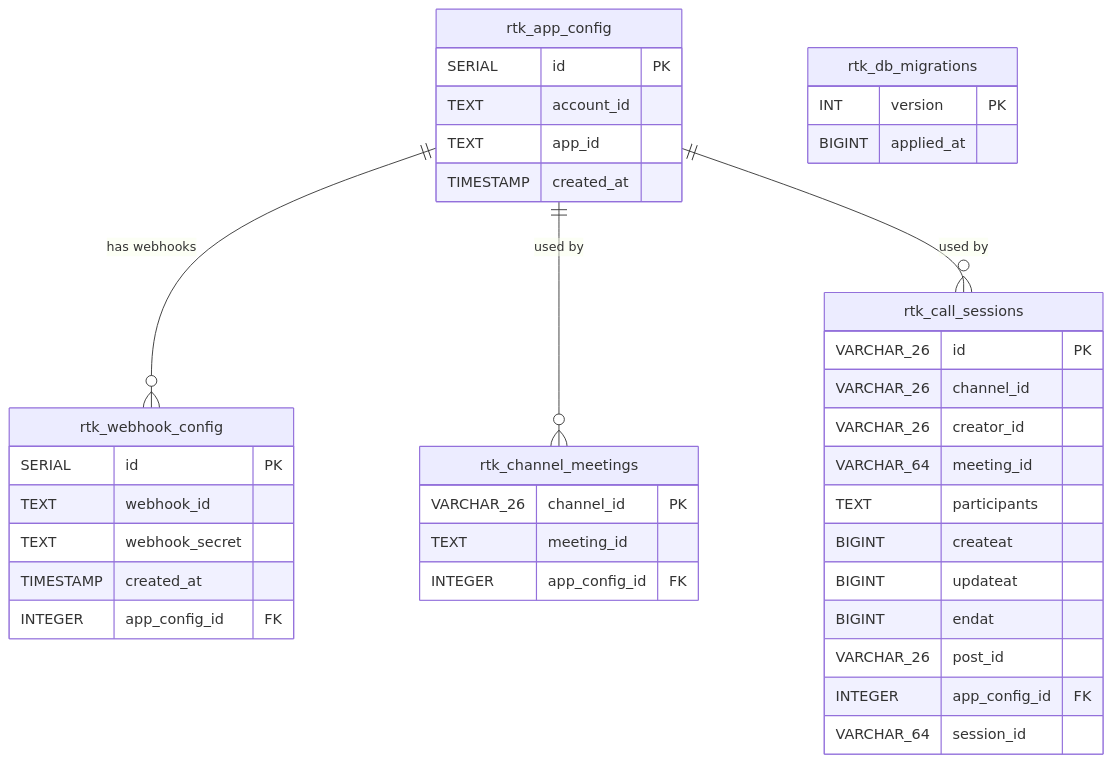
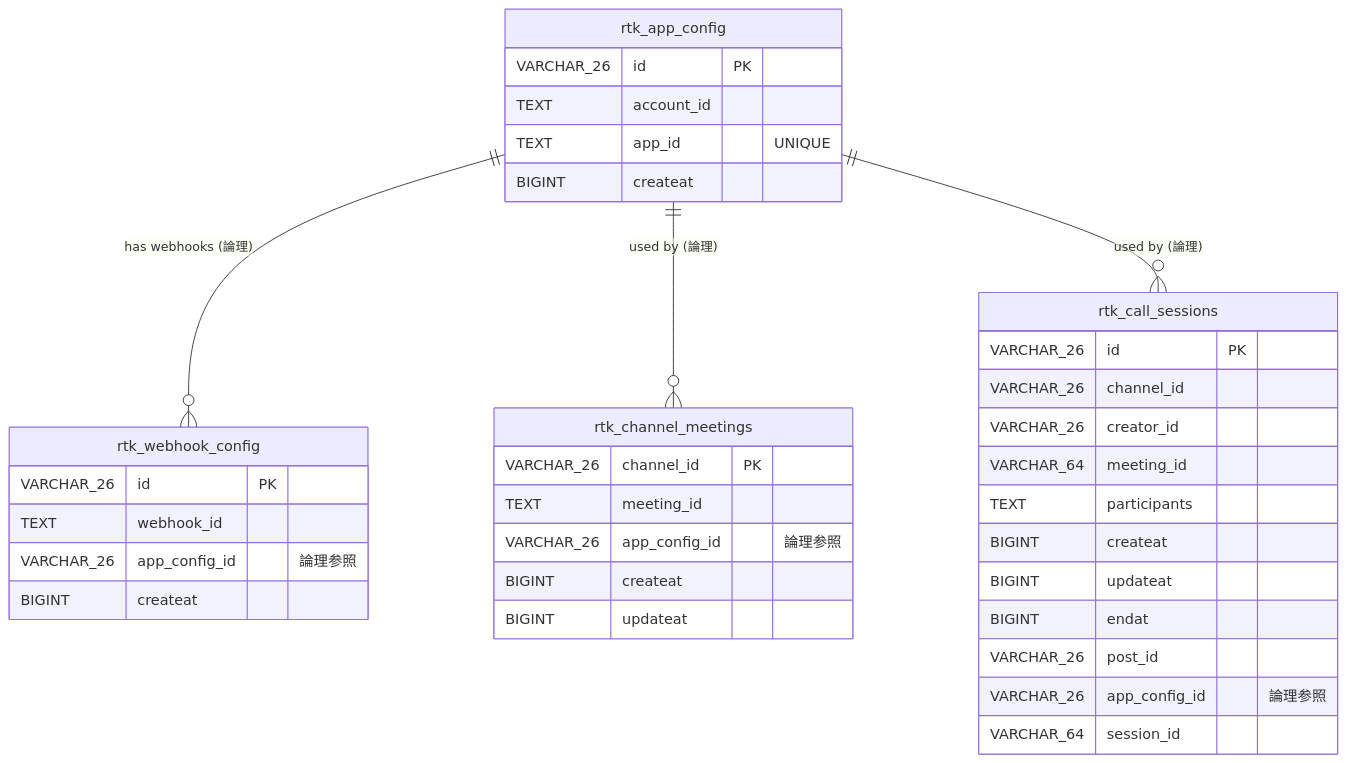
The diagram in docs/er-diagram.md (kondo97/mattermost-plugin-rtk), drawn with Mermaid before and after one commit. The commit also changed other lines of this file and 3 other files, not shown here.

First line of the commit message:
docs: refine ER diagram and add plugin activation/RTK concepts guides

````diff
--- a/docs/er-diagram.md
+++ b/docs/er-diagram.md
@@ -5,46 +5,42 @@
 ```mermaid
 erDiagram
     rtk_app_config {
-        SERIAL    id PK
-        TEXT      account_id
-        TEXT      app_id
-        TIMESTAMP created_at
+        VARCHAR_26 id PK
+        TEXT       account_id
+        TEXT       app_id "UNIQUE"
+        BIGINT     createat
     }
 
     rtk_webhook_config {
-        SERIAL    id PK
-        TEXT      webhook_id
-        TEXT      webhook_secret
-        TIMESTAMP created_at
-        INTEGER   app_config_id FK
+        VARCHAR_26 id PK
+        TEXT       webhook_id
+        VARCHAR_26 app_config_id "論理参照"
+        BIGINT     createat
     }
 
     rtk_channel_meetings {
         VARCHAR_26 channel_id PK
         TEXT       meeting_id
-        INTEGER    app_config_id FK
+        VARCHAR_26 app_config_id "論理参照"
+        BIGINT     createat
+        BIGINT     updateat
     }
 
     rtk_call_sessions {
         VARCHAR_26 id PK
         VARCHAR_26 channel_id
         VARCHAR_26 creator_id
         VARCHAR_64 meeting_id
         TEXT       participants
         BIGINT     createat
         BIGINT     updateat
         BIGINT     endat
         VARCHAR_26 post_id
-        INTEGER    app_config_id FK
+        VARCHAR_26 app_config_id "論理参照"
         VARCHAR_64 session_id
     }
 
-    rtk_db_migrations {
-        INT    version PK
-        BIGINT applied_at
-    }
-
-    rtk_app_config ||--o{ rtk_webhook_config    : "has webhooks"
-    rtk_app_config ||--o{ rtk_channel_meetings  : "used by"
-    rtk_app_config ||--o{ rtk_call_sessions     : "used by"
+    rtk_app_config ||--o{ rtk_webhook_config    : "has webhooks (論理)"
+    rtk_app_config ||--o{ rtk_channel_meetings  : "used by (論理)"
+    rtk_app_config ||--o{ rtk_call_sessions     : "used by (論理)"
 ```
````
